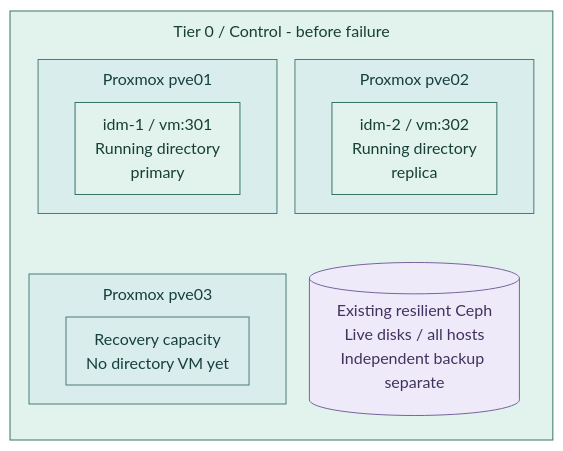
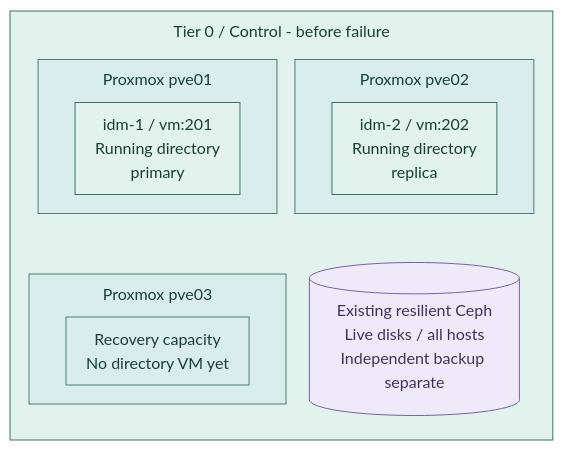
Before and after one commit to Rexus/homelab: the first of 2 diagrams in docs/deployment/foundation/proxmox/failover.md, drawn with Mermaid. The commit also changed other lines of this file and 186 other files, not shown here.

````diff
--- a/docs/deployment/foundation/proxmox/failover.md
+++ b/docs/deployment/foundation/proxmox/failover.md
@@ -30,26 +30,26 @@
 ```mermaid
 %%{init: {"theme":"base","flowchart":{"nodeSpacing":18,"rankSpacing":24,"padding":10,"subGraphTitleMargin":{"top":8,"bottom":16}},"themeVariables":{"lineColor":"#627581","edgeLabelBackground":"#f8fafc"}}}%%
 flowchart TB
   subgraph T0["Tier 0 / Control - before failure"]
     direction TB
     subgraph P1["Proxmox pve01"]
-      A["idm-1 / vm:301<br/>Running directory<br/>primary"]
+      A["idm-1 / vm:201<br/>Running directory<br/>primary"]
     end
     subgraph P2["Proxmox pve02"]
-      B["idm-2 / vm:302<br/>Running directory<br/>replica"]
+      B["idm-2 / vm:202<br/>Running directory<br/>replica"]
     end
     subgraph P3["Proxmox pve03"]
       Spare["Recovery capacity<br/>No directory VM yet"]
     end
     Storage[("Existing resilient Ceph<br/>Live disks / all hosts<br/>Independent backup separate")]
     P1 ~~~ P3
     P2 ~~~ Storage
   end
   classDef default fill:#f8fafc,stroke:#64748b,color:#1f2937
   classDef control fill:#e2f3ed,stroke:#397366,color:#173f36
   classDef runtime fill:#d9eeec,stroke:#4d7b77,color:#173f3e
   classDef data fill:#eeeafa,stroke:#78639b,color:#42325d
   class T0,A,B control
   class P1,P2,P3,Spare runtime
   class Storage data
 ```
````
